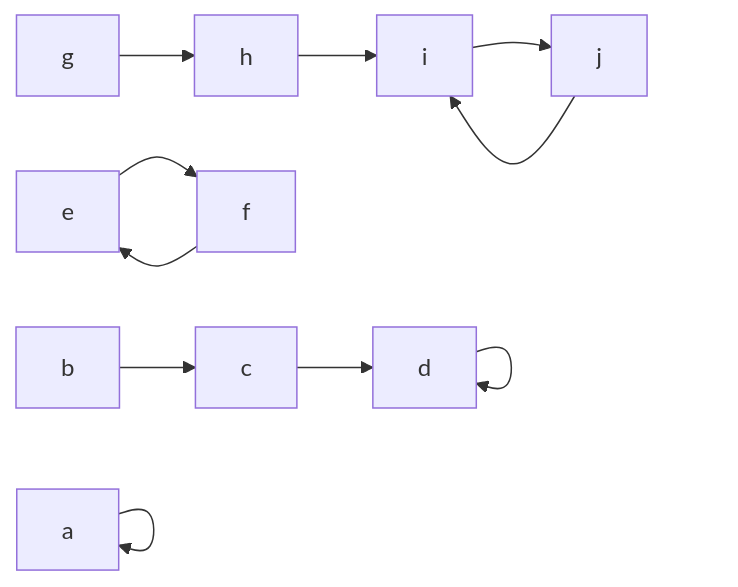
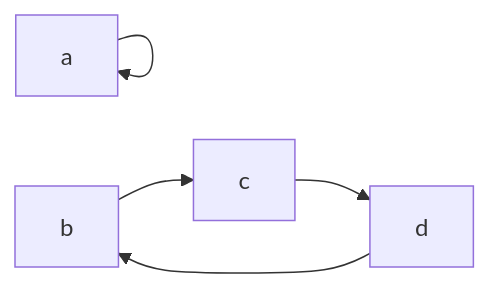
Before and after one commit to raganwald/raganwald.github.com: the seventh of 19 diagrams in _posts/2026-02-15-nuralagus-rex.md, drawn with Mermaid. The commit also changed other lines of this file, not shown here.

```diff
--- a/_posts/2026-02-15-nuralagus-rex.md
+++ b/_posts/2026-02-15-nuralagus-rex.md
@@ -148,10 +148,6 @@
 <div class="mermaid">
   graph LR
     a-->a
 
-    b-->c-->d-->d
-
-    e-->f-->e
-
-    g-->h-->i-->j-->i
+    b-->c-->d-->b
 </div>
```
